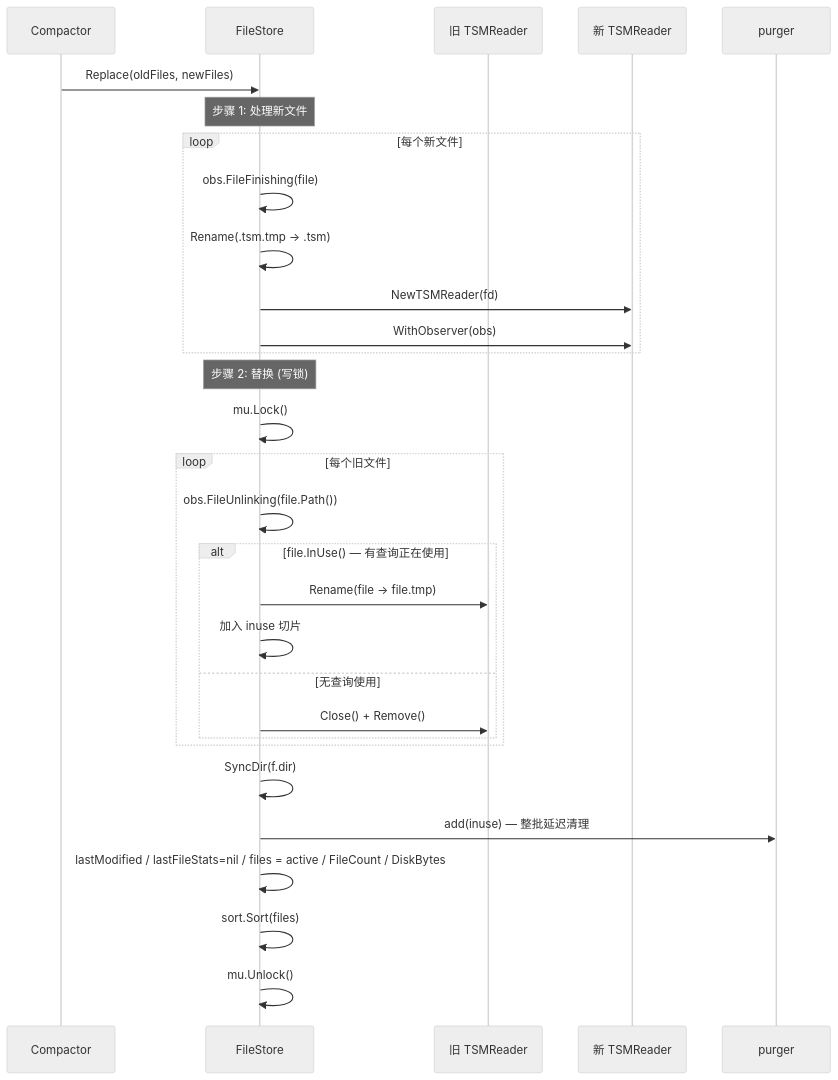
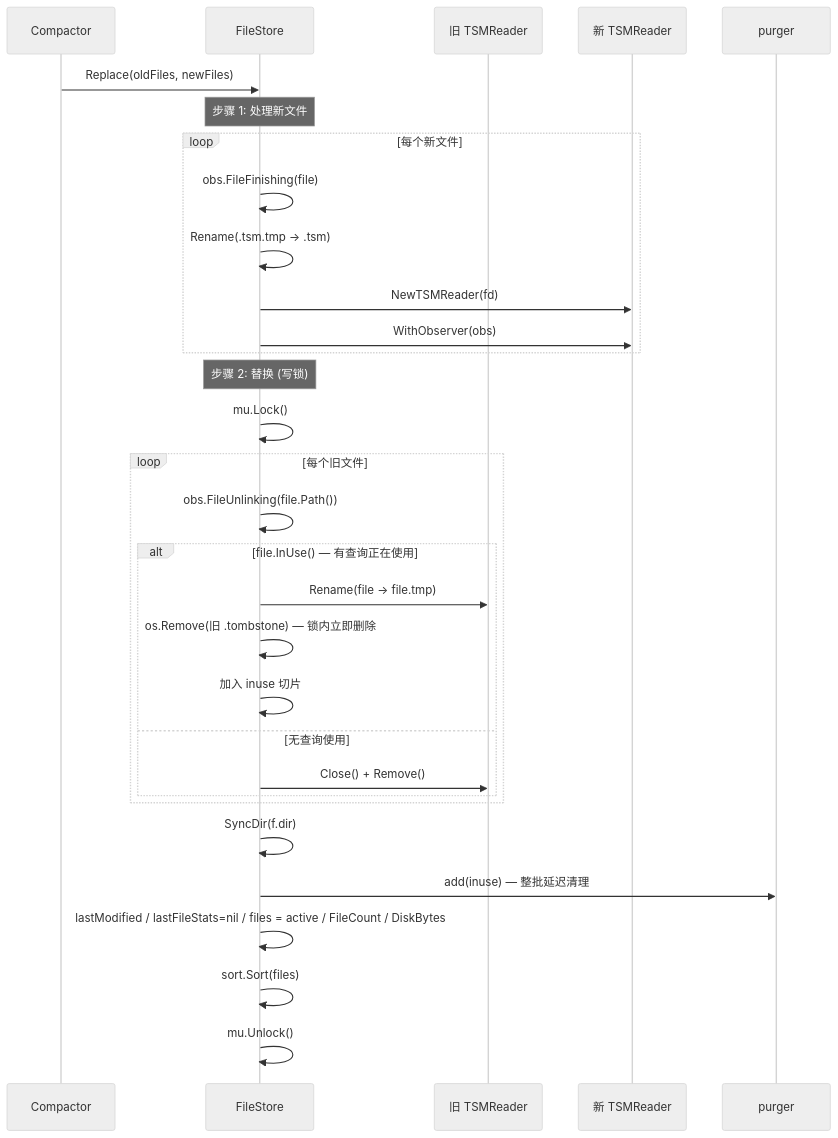
One commit to stefanv5/influxdb changed the fourth of 16 diagrams in docs/specs/16_filestore_keycursor_spec.md. Above: the diagram before and after it, drawn with Mermaid (neutral theme). The commit also changed other lines of this file and 11 other files, not shown here.

First line of the commit message:
docs: complete D1-D6 diagram/module/case audit

````diff
--- a/docs/specs/16_filestore_keycursor_spec.md
+++ b/docs/specs/16_filestore_keycursor_spec.md
@@ -425,37 +425,38 @@
 ```mermaid
 sequenceDiagram
     participant Comp as Compactor
     participant FS as FileStore
     participant Old as 旧 TSMReader
     participant New as 新 TSMReader
     participant Purger as purger
 
     Comp->>FS: Replace(oldFiles, newFiles)
 
     Note over FS: 步骤 1: 处理新文件
     loop 每个新文件
         FS->>FS: obs.FileFinishing(file)
         FS->>FS: Rename(.tsm.tmp → .tsm)
         FS->>New: NewTSMReader(fd)
         FS->>New: WithObserver(obs)
     end
 
     Note over FS: 步骤 2: 替换 (写锁)
     FS->>FS: mu.Lock()
 
     loop 每个旧文件
         FS->>FS: obs.FileUnlinking(file.Path())
         alt file.InUse() — 有查询正在使用
             FS->>Old: Rename(file → file.tmp)
+            FS->>FS: os.Remove(旧 .tombstone) — 锁内立即删除
             FS->>FS: 加入 inuse 切片
         else 无查询使用
             FS->>Old: Close() + Remove()
         end
     end
 
     FS->>FS: SyncDir(f.dir)
     FS->>Purger: add(inuse) — 整批延迟清理
     FS->>FS: lastModified / lastFileStats=nil / files = active / FileCount / DiskBytes
     FS->>FS: sort.Sort(files)
     FS->>FS: mu.Unlock()
 ```
````
